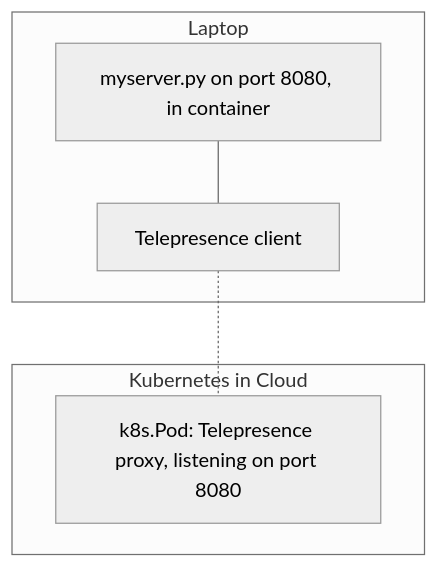
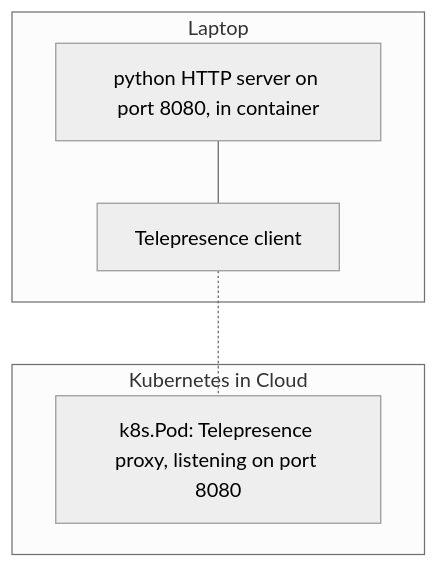
Before and after one commit to telepresenceio/telepresence.io: the third of 3 diagrams in index.md, drawn with Mermaid (neutral theme). The commit also changed other lines of this file, not shown here.

```diff
--- a/index.md
+++ b/index.md
@@ -132,9 +133,9 @@
 <div class="mermaid">
 graph TD
   subgraph Laptop
-    code["myserver.py on port 8080, in container"]---client[Telepresence client]
+    code["python HTTP server on port 8080, in container"]---client[Telepresence client]
   end
   subgraph Kubernetes in Cloud
     client-.-proxy["k8s.Pod: Telepresence proxy, listening on port 8080"]
   end
 </div>
```
